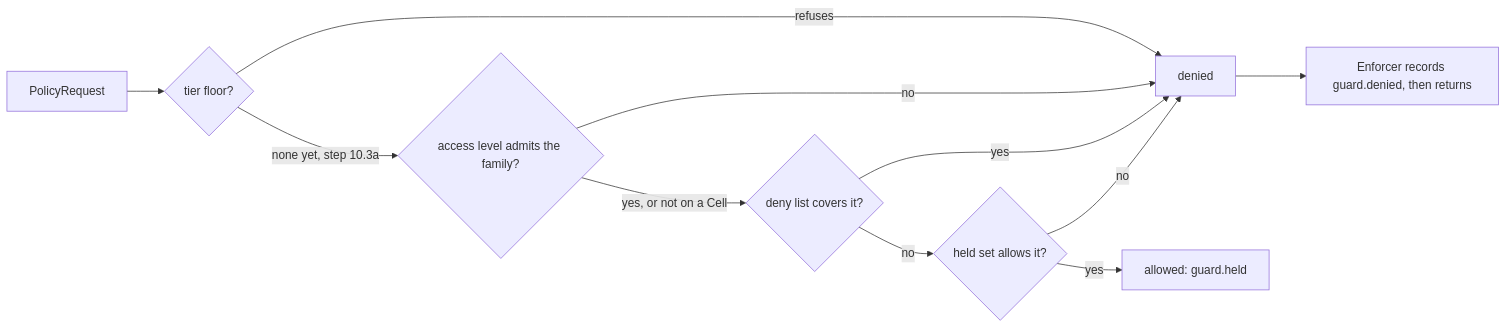
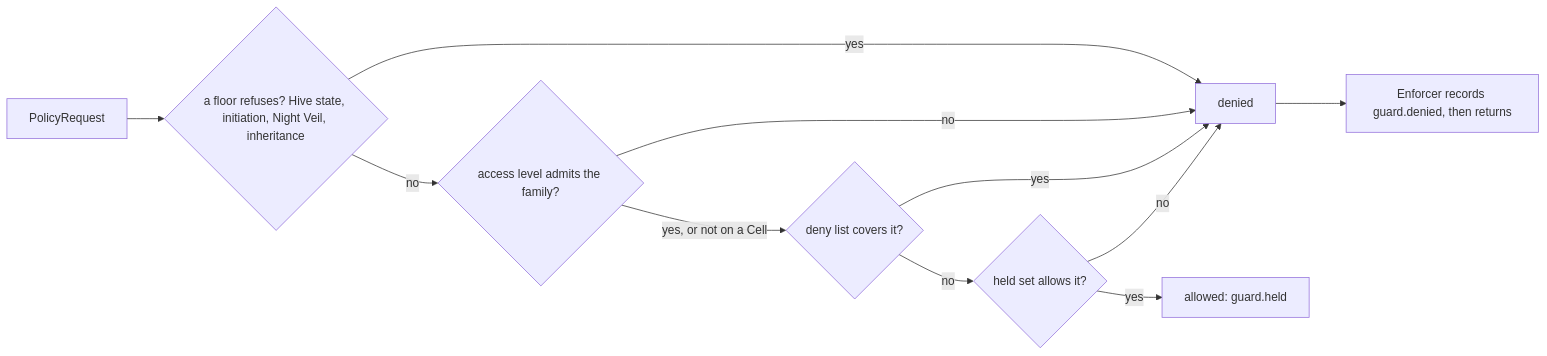
Before and after one commit to JustinV200/Hivemind: the diagram in packages/hivemind/src/hivemind/guard/README.md, drawn with Mermaid. The commit also changed other lines of this file and 5 other files, not shown here.

First line of the commit message:
docs: the floors, the address seam, the Night Veil link and hive run --comb-shield

````diff
--- a/packages/hivemind/src/hivemind/guard/README.md
+++ b/packages/hivemind/src/hivemind/guard/README.md
@@ -55,13 +73,13 @@
 ```mermaid
 flowchart LR
-    R[PolicyRequest] --> F{tier floor?}
-    F -- refuses --> D[denied]
-    F -- none yet, step 10.3a --> A{access level admits the family?}
+    R[PolicyRequest] --> F{a floor refuses? Hive state, initiation, Night Veil, inheritance}
+    F -- yes --> D[denied]
+    F -- no --> A{access level admits the family?}
     A -- no --> D
     A -- yes, or not on a Cell --> L{deny list covers it?}
     L -- yes --> D
     L -- no --> H{held set allows it?}
     H -- yes --> OK[allowed: guard.held]
     H -- no --> D
     D --> T[Enforcer records guard.denied, then returns]
 ```
````
